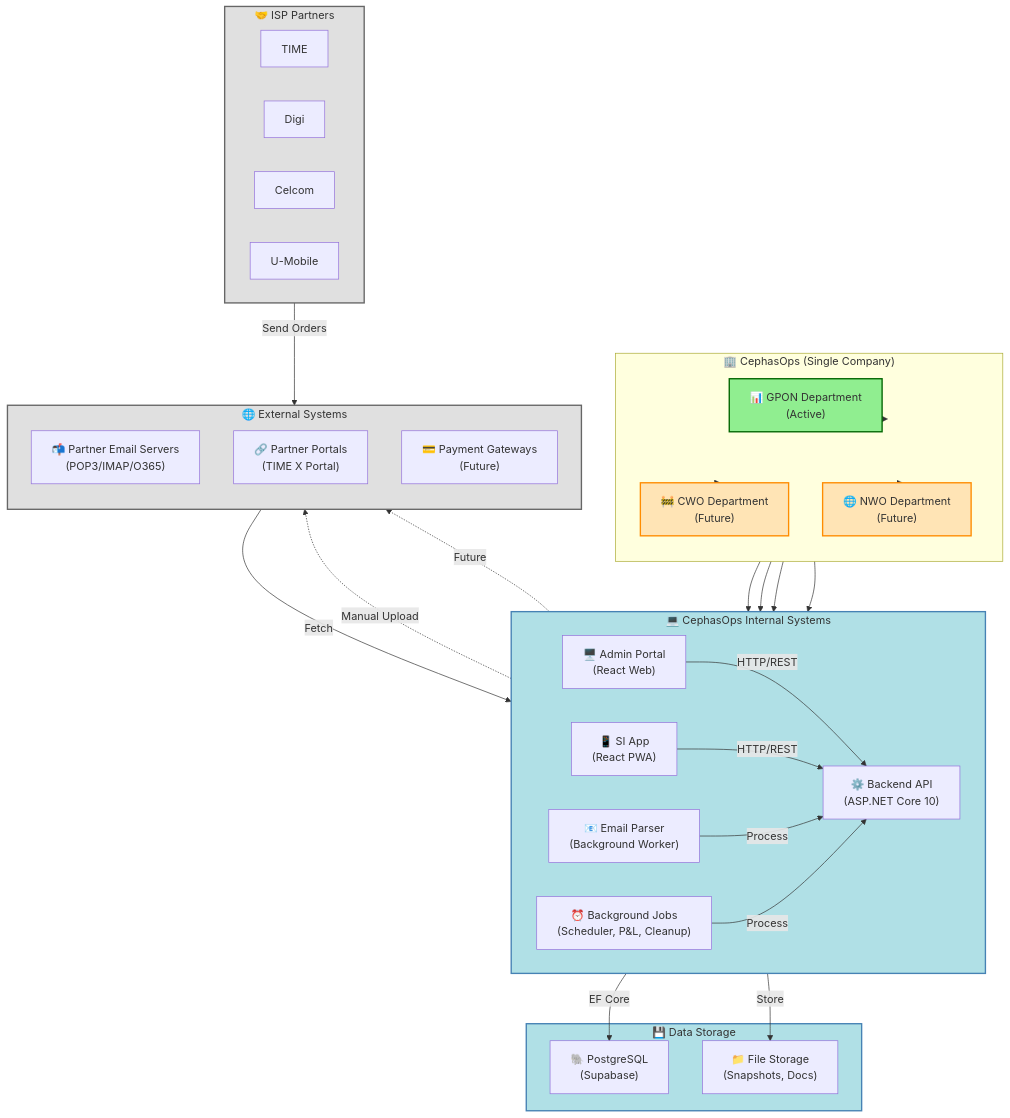
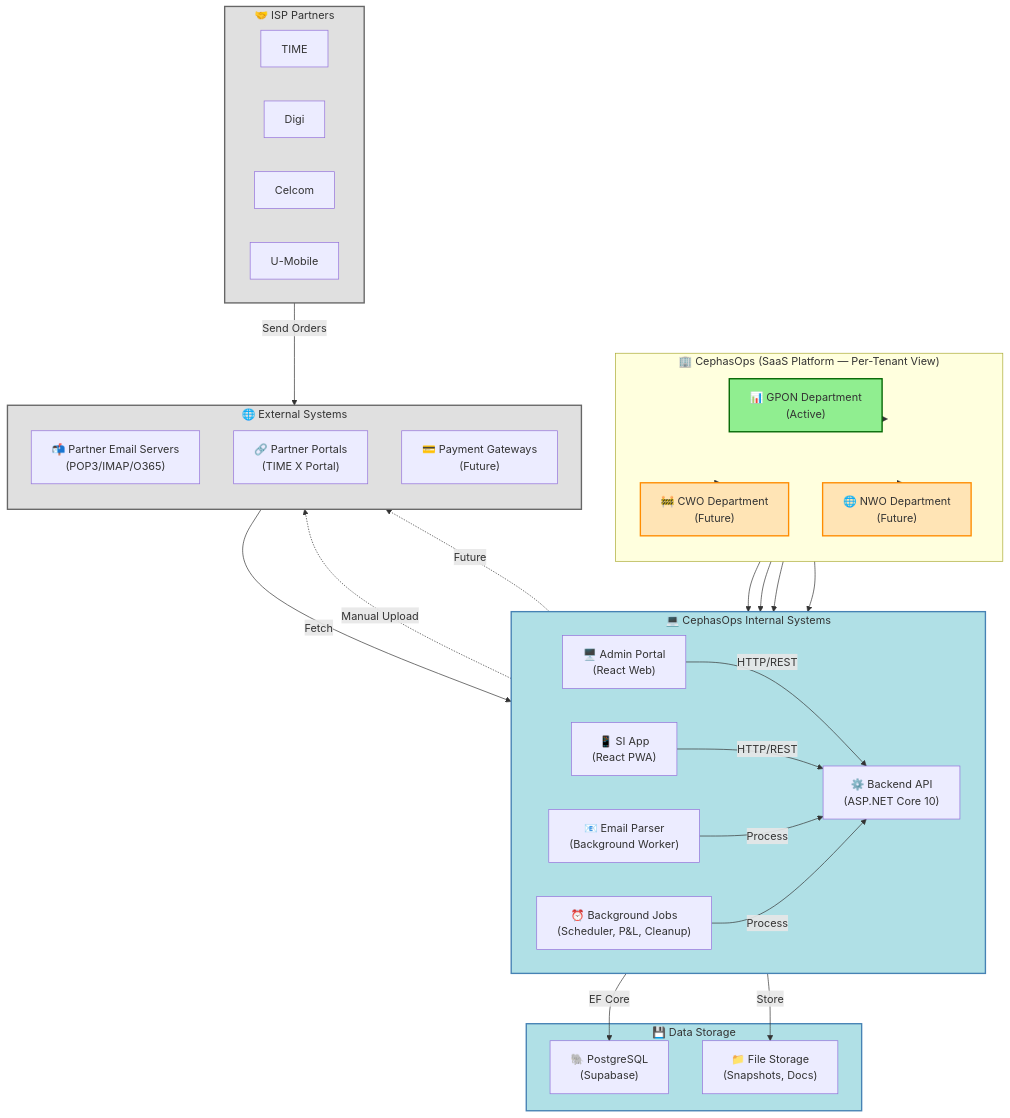
The diagram in docs/architecture/00_company-systems-overview.md (espritguy69/CephasOps_Replit), drawn with Mermaid before and after one commit. The commit also changed other lines of this file and 221 other files, not shown here.

First line of the commit message:
CephasOps SaaS Platform — All Phases Complete

````diff
--- a/docs/architecture/00_company-systems-overview.md
+++ b/docs/architecture/00_company-systems-overview.md
@@ -10,78 +10,78 @@
 ```mermaid
 flowchart TB
-    subgraph Company["🏢 CephasOps (Single Company)"]
+    subgraph Company["🏢 CephasOps (SaaS Platform — Per-Tenant View)"]
         direction TB
         GPON["📊 GPON Department<br/>(Active)"]
         CWO["🚧 CWO Department<br/>(Future)"]
         NWO["🌐 NWO Department<br/>(Future)"]
     end
     
     subgraph InternalSystems["💻 CephasOps Internal Systems"]
         direction LR
         AdminPortal["🖥️ Admin Portal<br/>(React Web)"]
         SIApp["📱 SI App<br/>(React PWA)"]
         BackendAPI["⚙️ Backend API<br/>(ASP.NET Core 10)"]
         EmailParser["📧 Email Parser<br/>(Background Worker)"]
         BackgroundJobs["⏰ Background Jobs<br/>(Scheduler, P&L, Cleanup)"]
     end
     
     subgraph Databases["💾 Data Storage"]
         PostgreSQL["🐘 PostgreSQL<br/>(Supabase)"]
         FileStorage["📁 File Storage<br/>(Snapshots, Docs)"]
     end
     
     subgraph ExternalSystems["🌐 External Systems"]
         direction TB
         PartnerEmail["📬 Partner Email Servers<br/>(POP3/IMAP/O365)"]
         PartnerPortal["🔗 Partner Portals<br/>(TIME X Portal)"]
         PaymentGateway["💳 Payment Gateways<br/>(Future)"]
     end
     
     subgraph Partners["🤝 ISP Partners"]
         direction LR
         TIME["TIME"]
         Digi["Digi"]
         Celcom["Celcom"]
         UMobile["U-Mobile"]
     end
     
     %% Company to Departments
     Company --> GPON
     Company --> CWO
     Company --> NWO
     
     %% Departments to Systems
     GPON --> AdminPortal
     GPON --> SIApp
     GPON --> BackendAPI
     GPON --> EmailParser
     
     %% System connections
     AdminPortal -->|HTTP/REST| BackendAPI
     SIApp -->|HTTP/REST| BackendAPI
     EmailParser -->|Process| BackendAPI
     BackgroundJobs -->|Process| BackendAPI
     
     %% Backend to Storage
     BackendAPI -->|EF Core| PostgreSQL
     BackendAPI -->|Store| FileStorage
     
     %% External integrations
     PartnerEmail -->|Fetch| EmailParser
     BackendAPI -.->|Manual Upload| PartnerPortal
     BackendAPI -.->|Future| PaymentGateway
     
     %% Partners send emails
     Partners -->|Send Orders| PartnerEmail
     
     %% Styling
     classDef active fill:#90EE90,stroke:#006400,stroke-width:2px
     classDef future fill:#FFE4B5,stroke:#FF8C00,stroke-width:2px
     classDef external fill:#E0E0E0,stroke:#666,stroke-width:2px
     classDef system fill:#B0E0E6,stroke:#4682B4,stroke-width:2px
     
     class GPON active
     class CWO,NWO future
     class ExternalSystems,Partners external
     class InternalSystems,Databases system
 ```
````
